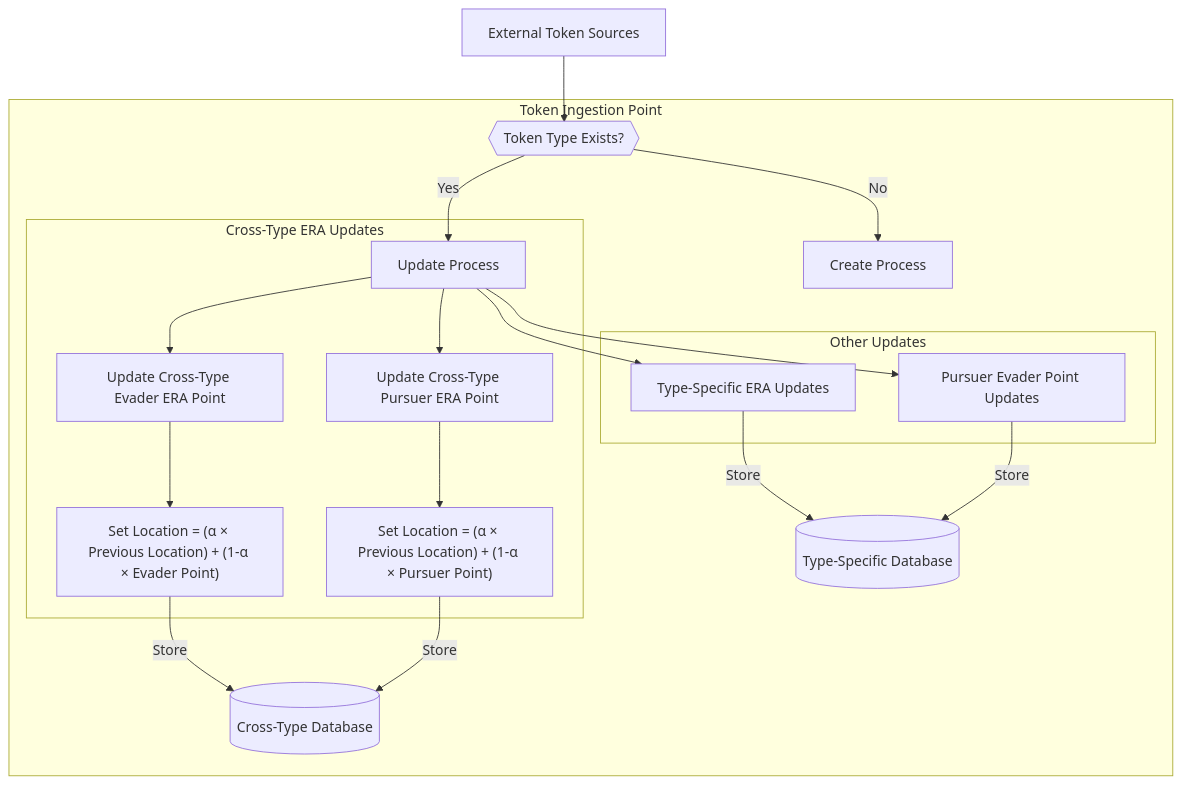
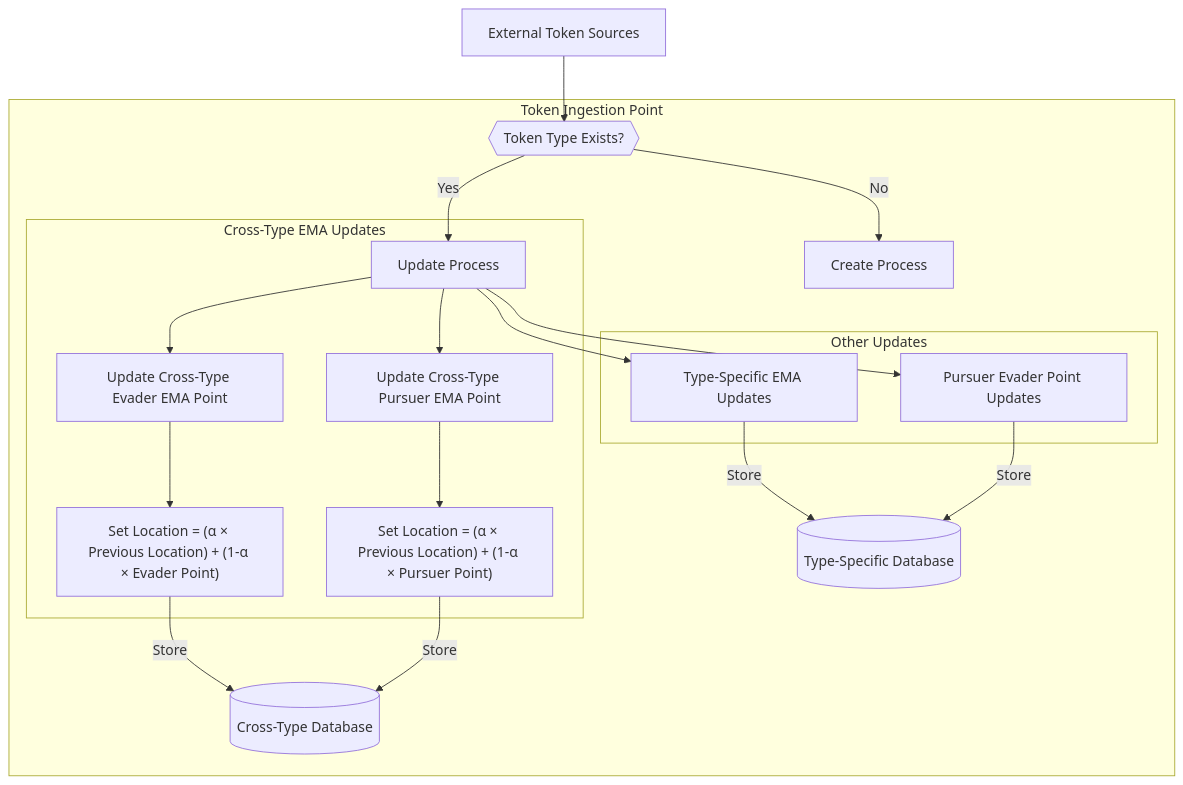
Before and after one commit to mattferrin/mattferrin: the third of 8 diagrams in README.md, drawn with Mermaid. The commit also changed other lines of this file, not shown here.

````diff
--- a/README.md
+++ b/README.md
@@ -91,43 +91,43 @@
 ```mermaid
 graph TD;
     ExternalSources["External Token Sources"]
     
     subgraph "Token Ingestion Point"
         TokenCheck{{"Token Type Exists?"}}
         UpdateProcess["Update Process"]
         
         CreateProcess["Create Process"]
         TokenCheck -->|Yes| UpdateProcess
         TokenCheck -->|No| CreateProcess
 
-        subgraph "Cross-Type ERA Updates"
-            UpdateCrossEvaderERA["Update Cross-Type Evader ERA Point"]
+        subgraph "Cross-Type EMA Updates"
+            UpdateCrossEvaderEMA["Update Cross-Type Evader EMA Point"]
             SetCrossEvaderLocation["Set Location = (α × Previous Location) + (1-α × Evader Point)"]
-            UpdateCrossPursuerERA["Update Cross-Type Pursuer ERA Point"]
+            UpdateCrossPursuerEMA["Update Cross-Type Pursuer EMA Point"]
             SetCrossPursuerLocation["Set Location = (α × Previous Location) + (1-α × Pursuer Point)"]
 
-            UpdateProcess --> UpdateCrossEvaderERA & UpdateCrossPursuerERA
+            UpdateProcess --> UpdateCrossEvaderEMA & UpdateCrossPursuerEMA
             
-            UpdateCrossEvaderERA --> SetCrossEvaderLocation
-            UpdateCrossPursuerERA --> SetCrossPursuerLocation
+            UpdateCrossEvaderEMA --> SetCrossEvaderLocation
+            UpdateCrossPursuerEMA --> SetCrossPursuerLocation
         end
 
         subgraph "Other Updates"
-            TypeSpecificERA["Type-Specific ERA Updates"]
+            TypeSpecificERA["Type-Specific EMA Updates"]
             PursuerEvader["Pursuer Evader Point Updates"]
             
             UpdateProcess --> TypeSpecificERA
             UpdateProcess --> PursuerEvader
         end
 
         CrossTypeDB[(Cross-Type Database)]
         TypeSpecificDB[(Type-Specific Database)]
         
         SetCrossEvaderLocation -->|Store| CrossTypeDB
         SetCrossPursuerLocation -->|Store| CrossTypeDB
         TypeSpecificERA -->|Store| TypeSpecificDB
         PursuerEvader -->|Store| TypeSpecificDB
     end
 
     ExternalSources --> TokenCheck
 ```
````
